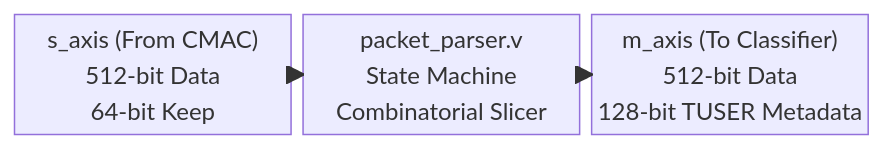
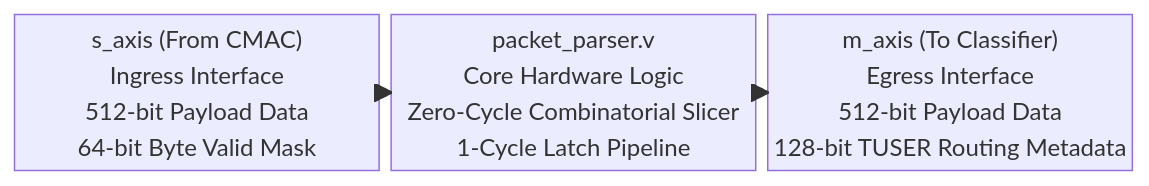
One commit to Ganeshkumara26/SmartNIC changed the first of 5 diagrams in docs/02_packet_parser.md. Above: the diagram before and after it, drawn with Mermaid. The commit also changed other lines of this file and 56 other files, not shown here.

````diff
--- a/docs/02_packet_parser.md
+++ b/docs/02_packet_parser.md
@@ -25,11 +25,11 @@
 ```mermaid
 block-beta
   columns 3
   
-  s_axis["s_axis (From CMAC)\n512-bit Data\n64-bit Keep"]
-  parser["packet_parser.v\nState Machine\nCombinatorial Slicer"]
-  m_axis["m_axis (To Classifier)\n512-bit Data\n128-bit TUSER Metadata"]
+  s_axis["s_axis (From CMAC)\nIngress Interface\n512-bit Payload Data\n64-bit Byte Valid Mask"]
+  parser["packet_parser.v\nCore Hardware Logic\nZero-Cycle Combinatorial Slicer\n1-Cycle Latch Pipeline"]
+  m_axis["m_axis (To Classifier)\nEgress Interface\n512-bit Payload Data\n128-bit TUSER Routing Metadata"]
   
   s_axis --> parser
   parser --> m_axis
 ```
````
